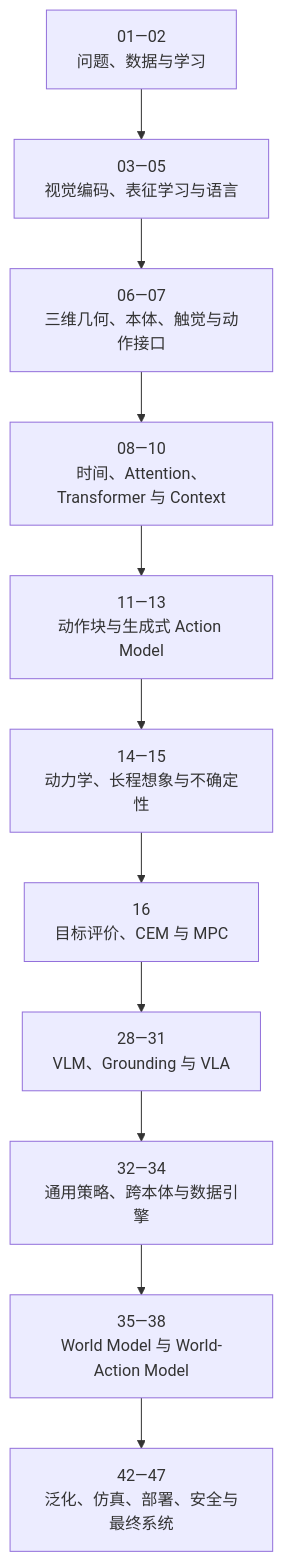
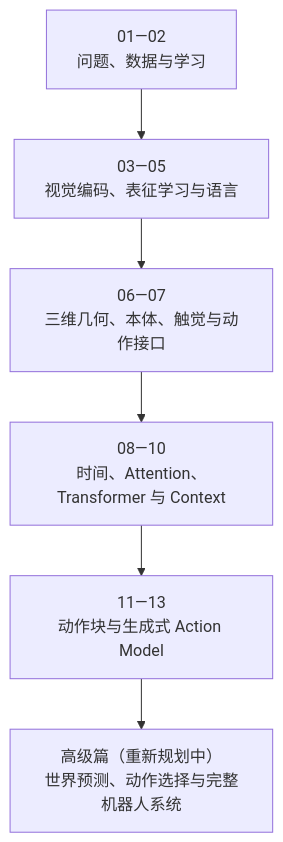
Before and after one commit to qi-robotics/robot-world-model-tutorial: the second of 2 diagrams in 机器人世界动作模型_课程框架.md, drawn with Mermaid. The commit also changed other lines of this file and 33 other files, not shown here.

```diff
--- a/机器人世界动作模型_课程框架.md
+++ b/机器人世界动作模型_课程框架.md
@@ -1772,13 +1529,8 @@
 ~~~mermaid
 flowchart TB
     A["01—02<br/>问题、数据与学习"] --> B["03—05<br/>视觉编码、表征学习与语言"]
     B --> C["06—07<br/>三维几何、本体、触觉与动作接口"]
     C --> E["08—10<br/>时间、Attention、Transformer 与 Context"]
     E --> F["11—13<br/>动作块与生成式 Action Model"]
-    F --> G["14—15<br/>动力学、长程想象与不确定性"]
-    G --> H["16<br/>目标评价、CEM 与 MPC"]
-    H --> I["28—31<br/>VLM、Grounding 与 VLA"]
-    I --> J["32—34<br/>通用策略、跨本体与数据引擎"]
-    J --> K["35—38<br/>World Model 与 World-Action Model"]
-    K --> L["42—47<br/>泛化、仿真、部署、安全与最终系统"]
+    F --> G["高级篇（重新规划中）<br/>世界预测、动作选择与完整机器人系统"]
 ~~~
```
